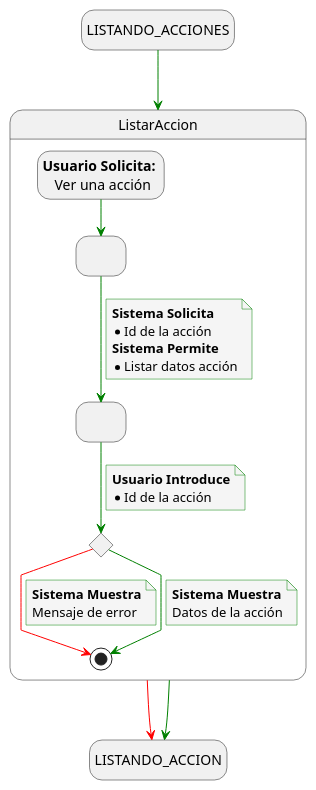
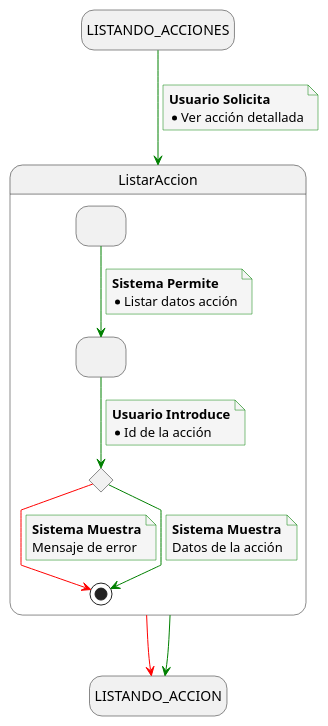
One commit to mmasias/24-25-IdSw1-SDR changed the diagram in docs/casosDeUso/detalladoCasosDeUso/detalladoAuditoria/detalladoVerAccion.puml. Above: the diagram before and after it, drawn with PlantUML. The commit also changed 5 other files, not shown here.

```diff
--- a/docs/casosDeUso/detalladoCasosDeUso/detalladoAuditoria/detalladoVerAccion.puml
+++ b/docs/casosDeUso/detalladoCasosDeUso/detalladoAuditoria/detalladoVerAccion.puml
@@ -1,54 +1,54 @@
 @startuml listar_datos_reserva
 
 skinparam {
     NoteBackgroundColor #whiteSmoke
     ArrowColor #green
     NoteBorderColor #green
     linetype polyline
 }
 
 hide empty description
 
 state startState as "LISTANDO_ACCIONES"
 state endState as "LISTANDO_ACCION"
 
 startState --> ListarAccion 
+note on link
+    <b>Usuario Solicita</b>
+    * Ver acción detallada
+end note
 
 ListarAccion --> endState
 ListarAccion -[#red]> endState
 
 state ListarAccion {
     state solicitudFiltros as " "
     state envioFiltros as " "
     state revisionFiltrosEnviados <<choice>>
-    state usuarioSolicita as "<b>Usuario Solicita:</b> \n Ver una acción"
 
-    usuarioSolicita --> solicitudFiltros
     solicitudFiltros --> envioFiltros
     note on link
-        <b>Sistema Solicita</b>
-        * Id de la acción
         <b>Sistema Permite</b>
         * Listar datos acción
     end note
 
     envioFiltros --> revisionFiltrosEnviados
     note on link
         <b>Usuario Introduce</b>
         * Id de la acción
     end note
 
     revisionFiltrosEnviados -[#red]-> [*]
     note on link
         <b>Sistema Muestra</b>
         Mensaje de error
     end note
 
     revisionFiltrosEnviados --> [*]
     note on link
         <b>Sistema Muestra</b>
         Datos de la acción
     end note
 }
 
 @enduml
```
